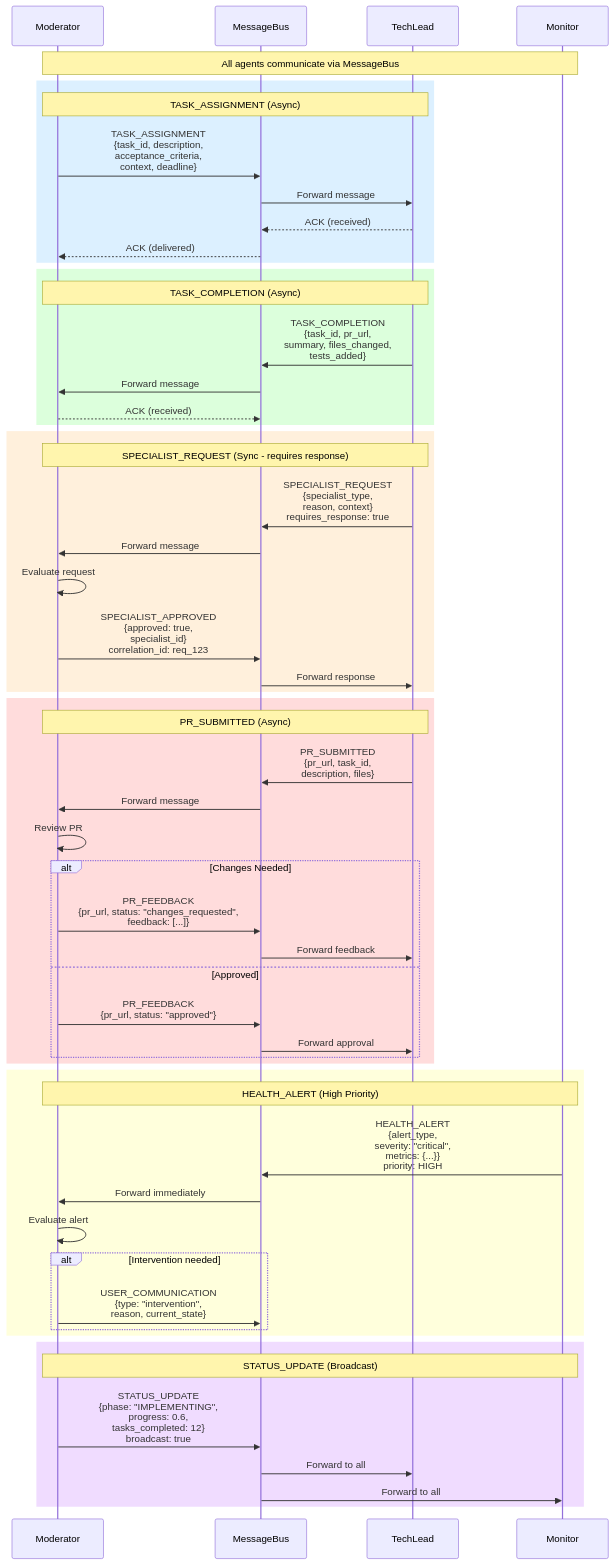
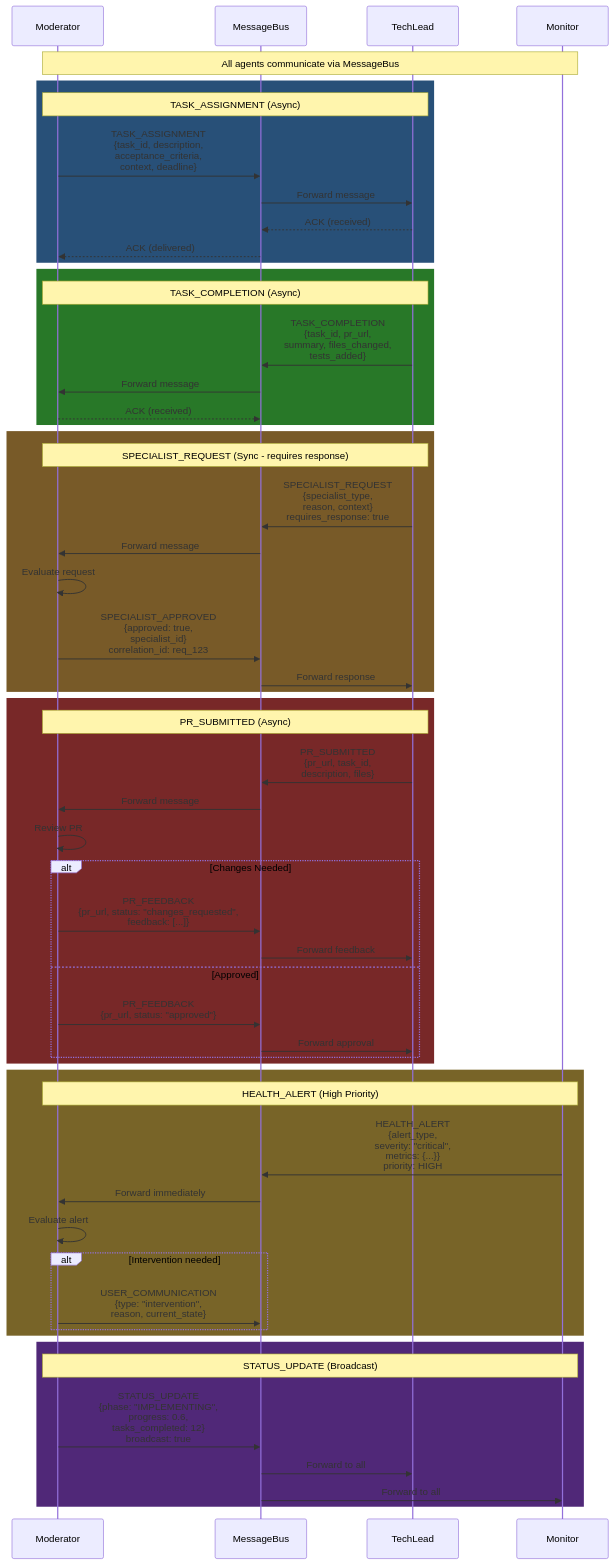
One commit to thamam/moderator changed the diagram in docs/diagrams/agent-communication-protocol.md. Above: the diagram before and after it, drawn with Mermaid. The commit also changed 11 other files, not shown here.

Commit message:
chagned diagrams colors

````diff
--- a/docs/diagrams/agent-communication-protocol.md
+++ b/docs/diagrams/agent-communication-protocol.md
@@ -8,66 +8,66 @@
 ```mermaid
 sequenceDiagram
     participant Moderator
     participant MessageBus
     participant TechLead
     participant Monitor
 
     Note over Moderator,Monitor: All agents communicate via MessageBus
 
-    rect rgb(220, 240, 255)
+    rect rgb(40, 80, 120)
         Note over Moderator,TechLead: TASK_ASSIGNMENT (Async)
         Moderator->>MessageBus: TASK_ASSIGNMENT<br/>{task_id, description,<br/>acceptance_criteria,<br/>context, deadline}
         MessageBus->>TechLead: Forward message
         TechLead-->>MessageBus: ACK (received)
         MessageBus-->>Moderator: ACK (delivered)
     end
 
-    rect rgb(220, 255, 220)
+    rect rgb(40, 120, 40)
         Note over TechLead,Moderator: TASK_COMPLETION (Async)
         TechLead->>MessageBus: TASK_COMPLETION<br/>{task_id, pr_url,<br/>summary, files_changed,<br/>tests_added}
         MessageBus->>Moderator: Forward message
         Moderator-->>MessageBus: ACK (received)
     end
 
-    rect rgb(255, 240, 220)
+    rect rgb(120, 90, 40)
         Note over TechLead,Moderator: SPECIALIST_REQUEST (Sync - requires response)
         TechLead->>MessageBus: SPECIALIST_REQUEST<br/>{specialist_type,<br/>reason, context}<br/>requires_response: true
         MessageBus->>Moderator: Forward message
         Moderator->>Moderator: Evaluate request
         Moderator->>MessageBus: SPECIALIST_APPROVED<br/>{approved: true,<br/>specialist_id}<br/>correlation_id: req_123
         MessageBus->>TechLead: Forward response
     end
 
-    rect rgb(255, 220, 220)
+    rect rgb(120, 40, 40)
         Note over TechLead,Moderator: PR_SUBMITTED (Async)
         TechLead->>MessageBus: PR_SUBMITTED<br/>{pr_url, task_id,<br/>description, files}
         MessageBus->>Moderator: Forward message
         Moderator->>Moderator: Review PR
 
         alt Changes Needed
             Moderator->>MessageBus: PR_FEEDBACK<br/>{pr_url, status: "changes_requested",<br/>feedback: [...]}
             MessageBus->>TechLead: Forward feedback
         else Approved
             Moderator->>MessageBus: PR_FEEDBACK<br/>{pr_url, status: "approved"}
             MessageBus->>TechLead: Forward approval
         end
     end
 
-    rect rgb(255, 255, 220)
+    rect rgb(120, 100, 40)
         Note over Monitor,Moderator: HEALTH_ALERT (High Priority)
         Monitor->>MessageBus: HEALTH_ALERT<br/>{alert_type,<br/>severity: "critical",<br/>metrics: {...}}<br/>priority: HIGH
         MessageBus->>Moderator: Forward immediately
         Moderator->>Moderator: Evaluate alert
 
         alt Intervention needed
             Moderator->>MessageBus: USER_COMMUNICATION<br/>{type: "intervention",<br/>reason, current_state}
         end
     end
 
-    rect rgb(240, 220, 255)
+    rect rgb(80, 40, 120)
         Note over Moderator,Monitor: STATUS_UPDATE (Broadcast)
         Moderator->>MessageBus: STATUS_UPDATE<br/>{phase: "IMPLEMENTING",<br/>progress: 0.6,<br/>tasks_completed: 12}<br/>broadcast: true
         MessageBus->>TechLead: Forward to all
         MessageBus->>Monitor: Forward to all
     end
 ```
````
